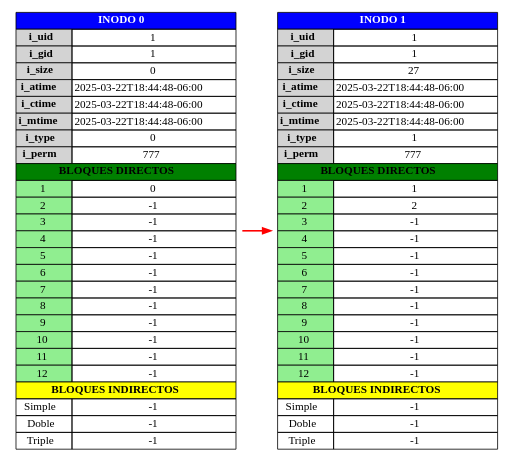
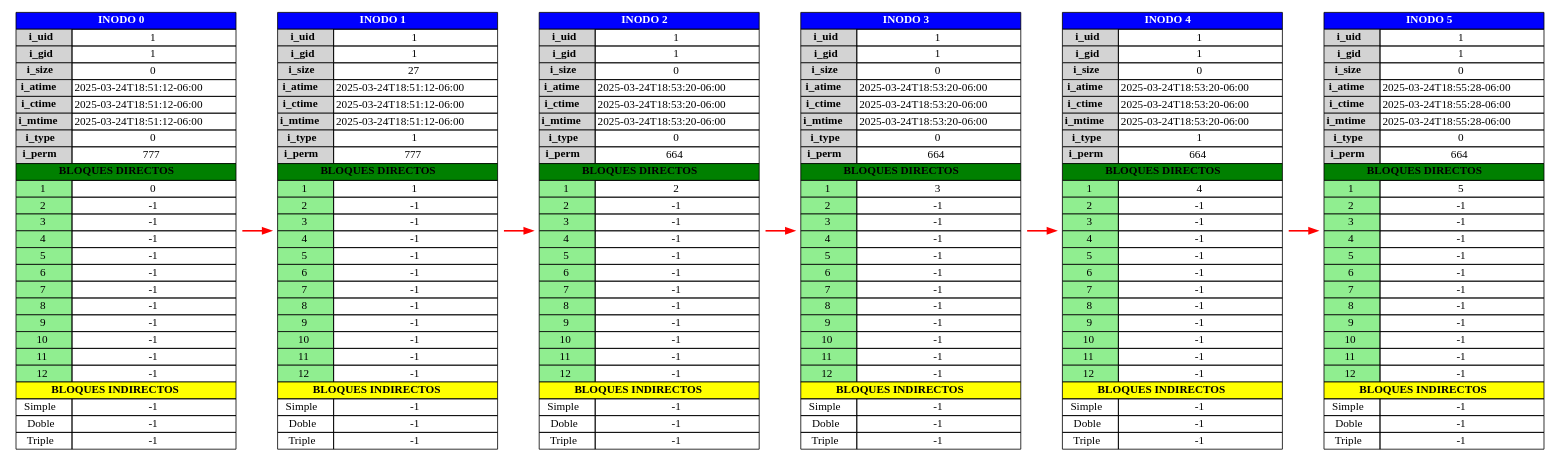
The diagram in backend/output/report_inode.dot (AbdielOtzoy/MIA_1S2025_P1_202300350), drawn with Graphviz before and after one commit. The commit also changed 11 other files, not shown here.

```diff
--- a/backend/output/report_inode.dot
+++ b/backend/output/report_inode.dot
@@ -1,41 +1,117 @@
 digraph G {
         rankdir=LR; // Alineación horizontal
         node [shape=plaintext]
     inode0 [label=<
             <table border="0" cellborder="1" cellspacing="0">
                 <tr><td colspan="2" bgcolor="blue"><font color="white"><b>INODO 0</b></font></td></tr>
                 <tr><td bgcolor="lightgray"><b>i_uid</b></td><td>1</td></tr>
                 <tr><td bgcolor="lightgray"><b>i_gid</b></td><td>1</td></tr>
                 <tr><td bgcolor="lightgray"><b>i_size</b></td><td>0</td></tr>
-                <tr><td bgcolor="lightgray"><b>i_atime</b></td><td>2025-03-22T18:44:48-06:00</td></tr>
-                <tr><td bgcolor="lightgray"><b>i_ctime</b></td><td>2025-03-22T18:44:48-06:00</td></tr>
-                <tr><td bgcolor="lightgray"><b>i_mtime</b></td><td>2025-03-22T18:44:48-06:00</td></tr>
+                <tr><td bgcolor="lightgray"><b>i_atime</b></td><td>2025-03-24T18:51:12-06:00</td></tr>
+                <tr><td bgcolor="lightgray"><b>i_ctime</b></td><td>2025-03-24T18:51:12-06:00</td></tr>
+                <tr><td bgcolor="lightgray"><b>i_mtime</b></td><td>2025-03-24T18:51:12-06:00</td></tr>
                 <tr><td bgcolor="lightgray"><b>i_type</b></td><td>0</td></tr>
                 <tr><td bgcolor="lightgray"><b>i_perm</b></td><td>777</td></tr>
                 <tr><td colspan="2" bgcolor="green"><b>BLOQUES DIRECTOS</b></td></tr>
             <tr><td bgcolor='lightgreen'>1</td><td>0</td></tr><tr><td bgcolor='lightgreen'>2</td><td>-1</td></tr><tr><td bgcolor='lightgreen'>3</td><td>-1</td></tr><tr><td bgcolor='lightgreen'>4</td><td>-1</td></tr><tr><td bgcolor='lightgreen'>5</td><td>-1</td></tr><tr><td bgcolor='lightgreen'>6</td><td>-1</td></tr><tr><td bgcolor='lightgreen'>7</td><td>-1</td></tr><tr><td bgcolor='lightgreen'>8</td><td>-1</td></tr><tr><td bgcolor='lightgreen'>9</td><td>-1</td></tr><tr><td bgcolor='lightgreen'>10</td><td>-1</td></tr><tr><td bgcolor='lightgreen'>11</td><td>-1</td></tr><tr><td bgcolor='lightgreen'>12</td><td>-1</td></tr>
                 <tr><td colspan="2" bgcolor="yellow"><b>BLOQUES INDIRECTOS</b></td></tr>
                 <tr><td>Simple</td><td>-1</td></tr>
                 <tr><td>Doble</td><td>-1</td></tr>
                 <tr><td>Triple</td><td>-1</td></tr>
             </table>>];
         inode0 -> inode1 [color=red, penwidth=2];
 inode1 [label=<
             <table border="0" cellborder="1" cellspacing="0">
                 <tr><td colspan="2" bgcolor="blue"><font color="white"><b>INODO 1</b></font></td></tr>
                 <tr><td bgcolor="lightgray"><b>i_uid</b></td><td>1</td></tr>
                 <tr><td bgcolor="lightgray"><b>i_gid</b></td><td>1</td></tr>
                 <tr><td bgcolor="lightgray"><b>i_size</b></td><td>27</td></tr>
-                <tr><td bgcolor="lightgray"><b>i_atime</b></td><td>2025-03-22T18:44:48-06:00</td></tr>
-                <tr><td bgcolor="lightgray"><b>i_ctime</b></td><td>2025-03-22T18:44:48-06:00</td></tr>
-                <tr><td bgcolor="lightgray"><b>i_mtime</b></td><td>2025-03-22T18:44:48-06:00</td></tr>
+                <tr><td bgcolor="lightgray"><b>i_atime</b></td><td>2025-03-24T18:51:12-06:00</td></tr>
+                <tr><td bgcolor="lightgray"><b>i_ctime</b></td><td>2025-03-24T18:51:12-06:00</td></tr>
+                <tr><td bgcolor="lightgray"><b>i_mtime</b></td><td>2025-03-24T18:51:12-06:00</td></tr>
                 <tr><td bgcolor="lightgray"><b>i_type</b></td><td>1</td></tr>
                 <tr><td bgcolor="lightgray"><b>i_perm</b></td><td>777</td></tr>
                 <tr><td colspan="2" bgcolor="green"><b>BLOQUES DIRECTOS</b></td></tr>
-            <tr><td bgcolor='lightgreen'>1</td><td>1</td></tr><tr><td bgcolor='lightgreen'>2</td><td>2</td></tr><tr><td bgcolor='lightgreen'>3</td><td>-1</td></tr><tr><td bgcolor='lightgreen'>4</td><td>-1</td></tr><tr><td bgcolor='lightgreen'>5</td><td>-1</td></tr><tr><td bgcolor='lightgreen'>6</td><td>-1</td></tr><tr><td bgcolor='lightgreen'>7</td><td>-1</td></tr><tr><td bgcolor='lightgreen'>8</td><td>-1</td></tr><tr><td bgcolor='lightgreen'>9</td><td>-1</td></tr><tr><td bgcolor='lightgreen'>10</td><td>-1</td></tr><tr><td bgcolor='lightgreen'>11</td><td>-1</td></tr><tr><td bgcolor='lightgreen'>12</td><td>-1</td></tr>
+            <tr><td bgcolor='lightgreen'>1</td><td>1</td></tr><tr><td bgcolor='lightgreen'>2</td><td>-1</td></tr><tr><td bgcolor='lightgreen'>3</td><td>-1</td></tr><tr><td bgcolor='lightgreen'>4</td><td>-1</td></tr><tr><td bgcolor='lightgreen'>5</td><td>-1</td></tr><tr><td bgcolor='lightgreen'>6</td><td>-1</td></tr><tr><td bgcolor='lightgreen'>7</td><td>-1</td></tr><tr><td bgcolor='lightgreen'>8</td><td>-1</td></tr><tr><td bgcolor='lightgreen'>9</td><td>-1</td></tr><tr><td bgcolor='lightgreen'>10</td><td>-1</td></tr><tr><td bgcolor='lightgreen'>11</td><td>-1</td></tr><tr><td bgcolor='lightgreen'>12</td><td>-1</td></tr>
+                <tr><td colspan="2" bgcolor="yellow"><b>BLOQUES INDIRECTOS</b></td></tr>
+                <tr><td>Simple</td><td>-1</td></tr>
+                <tr><td>Doble</td><td>-1</td></tr>
+                <tr><td>Triple</td><td>-1</td></tr>
+            </table>>];
+        inode1 -> inode2 [color=red, penwidth=2];
+inode2 [label=<
+            <table border="0" cellborder="1" cellspacing="0">
+                <tr><td colspan="2" bgcolor="blue"><font color="white"><b>INODO 2</b></font></td></tr>
+                <tr><td bgcolor="lightgray"><b>i_uid</b></td><td>1</td></tr>
+                <tr><td bgcolor="lightgray"><b>i_gid</b></td><td>1</td></tr>
+                <tr><td bgcolor="lightgray"><b>i_size</b></td><td>0</td></tr>
+                <tr><td bgcolor="lightgray"><b>i_atime</b></td><td>2025-03-24T18:53:20-06:00</td></tr>
+                <tr><td bgcolor="lightgray"><b>i_ctime</b></td><td>2025-03-24T18:53:20-06:00</td></tr>
+                <tr><td bgcolor="lightgray"><b>i_mtime</b></td><td>2025-03-24T18:53:20-06:00</td></tr>
+                <tr><td bgcolor="lightgray"><b>i_type</b></td><td>0</td></tr>
+                <tr><td bgcolor="lightgray"><b>i_perm</b></td><td>664</td></tr>
+                <tr><td colspan="2" bgcolor="green"><b>BLOQUES DIRECTOS</b></td></tr>
+            <tr><td bgcolor='lightgreen'>1</td><td>2</td></tr><tr><td bgcolor='lightgreen'>2</td><td>-1</td></tr><tr><td bgcolor='lightgreen'>3</td><td>-1</td></tr><tr><td bgcolor='lightgreen'>4</td><td>-1</td></tr><tr><td bgcolor='lightgreen'>5</td><td>-1</td></tr><tr><td bgcolor='lightgreen'>6</td><td>-1</td></tr><tr><td bgcolor='lightgreen'>7</td><td>-1</td></tr><tr><td bgcolor='lightgreen'>8</td><td>-1</td></tr><tr><td bgcolor='lightgreen'>9</td><td>-1</td></tr><tr><td bgcolor='lightgreen'>10</td><td>-1</td></tr><tr><td bgcolor='lightgreen'>11</td><td>-1</td></tr><tr><td bgcolor='lightgreen'>12</td><td>-1</td></tr>
+                <tr><td colspan="2" bgcolor="yellow"><b>BLOQUES INDIRECTOS</b></td></tr>
+                <tr><td>Simple</td><td>-1</td></tr>
+                <tr><td>Doble</td><td>-1</td></tr>
+                <tr><td>Triple</td><td>-1</td></tr>
+            </table>>];
+        inode2 -> inode3 [color=red, penwidth=2];
+inode3 [label=<
+            <table border="0" cellborder="1" cellspacing="0">
+                <tr><td colspan="2" bgcolor="blue"><font color="white"><b>INODO 3</b></font></td></tr>
+                <tr><td bgcolor="lightgray"><b>i_uid</b></td><td>1</td></tr>
+                <tr><td bgcolor="lightgray"><b>i_gid</b></td><td>1</td></tr>
+                <tr><td bgcolor="lightgray"><b>i_size</b></td><td>0</td></tr>
+                <tr><td bgcolor="lightgray"><b>i_atime</b></td><td>2025-03-24T18:53:20-06:00</td></tr>
+                <tr><td bgcolor="lightgray"><b>i_ctime</b></td><td>2025-03-24T18:53:20-06:00</td></tr>
+                <tr><td bgcolor="lightgray"><b>i_mtime</b></td><td>2025-03-24T18:53:20-06:00</td></tr>
+                <tr><td bgcolor="lightgray"><b>i_type</b></td><td>0</td></tr>
+                <tr><td bgcolor="lightgray"><b>i_perm</b></td><td>664</td></tr>
+                <tr><td colspan="2" bgcolor="green"><b>BLOQUES DIRECTOS</b></td></tr>
+            <tr><td bgcolor='lightgreen'>1</td><td>3</td></tr><tr><td bgcolor='lightgreen'>2</td><td>-1</td></tr><tr><td bgcolor='lightgreen'>3</td><td>-1</td></tr><tr><td bgcolor='lightgreen'>4</td><td>-1</td></tr><tr><td bgcolor='lightgreen'>5</td><td>-1</td></tr><tr><td bgcolor='lightgreen'>6</td><td>-1</td></tr><tr><td bgcolor='lightgreen'>7</td><td>-1</td></tr><tr><td bgcolor='lightgreen'>8</td><td>-1</td></tr><tr><td bgcolor='lightgreen'>9</td><td>-1</td></tr><tr><td bgcolor='lightgreen'>10</td><td>-1</td></tr><tr><td bgcolor='lightgreen'>11</td><td>-1</td></tr><tr><td bgcolor='lightgreen'>12</td><td>-1</td></tr>
+                <tr><td colspan="2" bgcolor="yellow"><b>BLOQUES INDIRECTOS</b></td></tr>
+                <tr><td>Simple</td><td>-1</td></tr>
+                <tr><td>Doble</td><td>-1</td></tr>
+                <tr><td>Triple</td><td>-1</td></tr>
+            </table>>];
+        inode3 -> inode4 [color=red, penwidth=2];
+inode4 [label=<
+            <table border="0" cellborder="1" cellspacing="0">
+                <tr><td colspan="2" bgcolor="blue"><font color="white"><b>INODO 4</b></font></td></tr>
+                <tr><td bgcolor="lightgray"><b>i_uid</b></td><td>1</td></tr>
+                <tr><td bgcolor="lightgray"><b>i_gid</b></td><td>1</td></tr>
+                <tr><td bgcolor="lightgray"><b>i_size</b></td><td>0</td></tr>
+                <tr><td bgcolor="lightgray"><b>i_atime</b></td><td>2025-03-24T18:53:20-06:00</td></tr>
+                <tr><td bgcolor="lightgray"><b>i_ctime</b></td><td>2025-03-24T18:53:20-06:00</td></tr>
+                <tr><td bgcolor="lightgray"><b>i_mtime</b></td><td>2025-03-24T18:53:20-06:00</td></tr>
+                <tr><td bgcolor="lightgray"><b>i_type</b></td><td>1</td></tr>
+                <tr><td bgcolor="lightgray"><b>i_perm</b></td><td>664</td></tr>
+                <tr><td colspan="2" bgcolor="green"><b>BLOQUES DIRECTOS</b></td></tr>
+            <tr><td bgcolor='lightgreen'>1</td><td>4</td></tr><tr><td bgcolor='lightgreen'>2</td><td>-1</td></tr><tr><td bgcolor='lightgreen'>3</td><td>-1</td></tr><tr><td bgcolor='lightgreen'>4</td><td>-1</td></tr><tr><td bgcolor='lightgreen'>5</td><td>-1</td></tr><tr><td bgcolor='lightgreen'>6</td><td>-1</td></tr><tr><td bgcolor='lightgreen'>7</td><td>-1</td></tr><tr><td bgcolor='lightgreen'>8</td><td>-1</td></tr><tr><td bgcolor='lightgreen'>9</td><td>-1</td></tr><tr><td bgcolor='lightgreen'>10</td><td>-1</td></tr><tr><td bgcolor='lightgreen'>11</td><td>-1</td></tr><tr><td bgcolor='lightgreen'>12</td><td>-1</td></tr>
+                <tr><td colspan="2" bgcolor="yellow"><b>BLOQUES INDIRECTOS</b></td></tr>
+                <tr><td>Simple</td><td>-1</td></tr>
+                <tr><td>Doble</td><td>-1</td></tr>
+                <tr><td>Triple</td><td>-1</td></tr>
+            </table>>];
+        inode4 -> inode5 [color=red, penwidth=2];
+inode5 [label=<
+            <table border="0" cellborder="1" cellspacing="0">
+                <tr><td colspan="2" bgcolor="blue"><font color="white"><b>INODO 5</b></font></td></tr>
+                <tr><td bgcolor="lightgray"><b>i_uid</b></td><td>1</td></tr>
+                <tr><td bgcolor="lightgray"><b>i_gid</b></td><td>1</td></tr>
+                <tr><td bgcolor="lightgray"><b>i_size</b></td><td>0</td></tr>
+                <tr><td bgcolor="lightgray"><b>i_atime</b></td><td>2025-03-24T18:55:28-06:00</td></tr>
+                <tr><td bgcolor="lightgray"><b>i_ctime</b></td><td>2025-03-24T18:55:28-06:00</td></tr>
+                <tr><td bgcolor="lightgray"><b>i_mtime</b></td><td>2025-03-24T18:55:28-06:00</td></tr>
+                <tr><td bgcolor="lightgray"><b>i_type</b></td><td>0</td></tr>
+                <tr><td bgcolor="lightgray"><b>i_perm</b></td><td>664</td></tr>
+                <tr><td colspan="2" bgcolor="green"><b>BLOQUES DIRECTOS</b></td></tr>
+            <tr><td bgcolor='lightgreen'>1</td><td>5</td></tr><tr><td bgcolor='lightgreen'>2</td><td>-1</td></tr><tr><td bgcolor='lightgreen'>3</td><td>-1</td></tr><tr><td bgcolor='lightgreen'>4</td><td>-1</td></tr><tr><td bgcolor='lightgreen'>5</td><td>-1</td></tr><tr><td bgcolor='lightgreen'>6</td><td>-1</td></tr><tr><td bgcolor='lightgreen'>7</td><td>-1</td></tr><tr><td bgcolor='lightgreen'>8</td><td>-1</td></tr><tr><td bgcolor='lightgreen'>9</td><td>-1</td></tr><tr><td bgcolor='lightgreen'>10</td><td>-1</td></tr><tr><td bgcolor='lightgreen'>11</td><td>-1</td></tr><tr><td bgcolor='lightgreen'>12</td><td>-1</td></tr>
                 <tr><td colspan="2" bgcolor="yellow"><b>BLOQUES INDIRECTOS</b></td></tr>
                 <tr><td>Simple</td><td>-1</td></tr>
                 <tr><td>Doble</td><td>-1</td></tr>
                 <tr><td>Triple</td><td>-1</td></tr>
             </table>>];
         }
```
